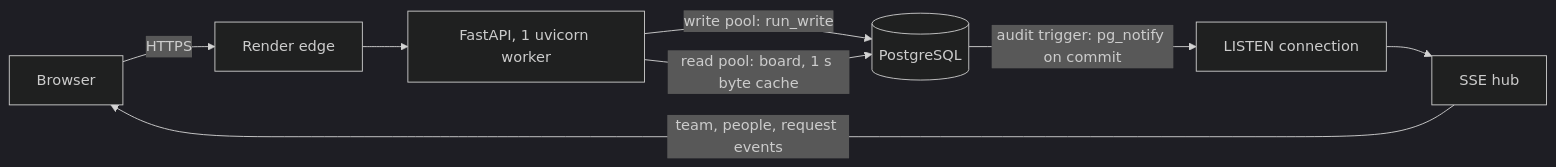
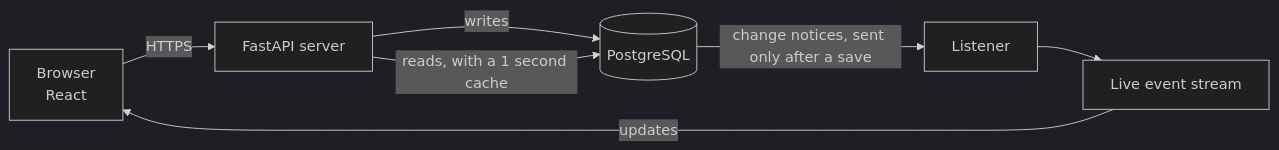
Before and after one commit to nitheshkummarc/Crewline: the diagram in README.md, drawn with Mermaid (dark theme). The commit also changed other lines of this file and 178 other files, not shown here.

````diff
--- a/README.md
+++ b/README.md
@@ -34,9 +53,8 @@
 ```mermaid
 flowchart LR
-  B[Browser] -- HTTPS --> E[Render edge]
-  E --> A[FastAPI, 1 uvicorn worker]
-  A -- write pool: run_write --> P[(PostgreSQL)]
-  A -- read pool: board, 1 s byte cache --> P
-  P -- audit trigger: pg_notify on commit --> L[LISTEN connection]
-  L --> H[SSE hub] -- team, people, request events --> B
+  B[Browser<br/>React] -- HTTPS --> A[FastAPI server]
+  A -- writes --> P[(PostgreSQL)]
+  A -- reads, with a 1 second cache --> P
+  P -- change notices, sent only after a save --> L[Listener]
+  L --> H[Live event stream] -- updates --> B
 ```
````
